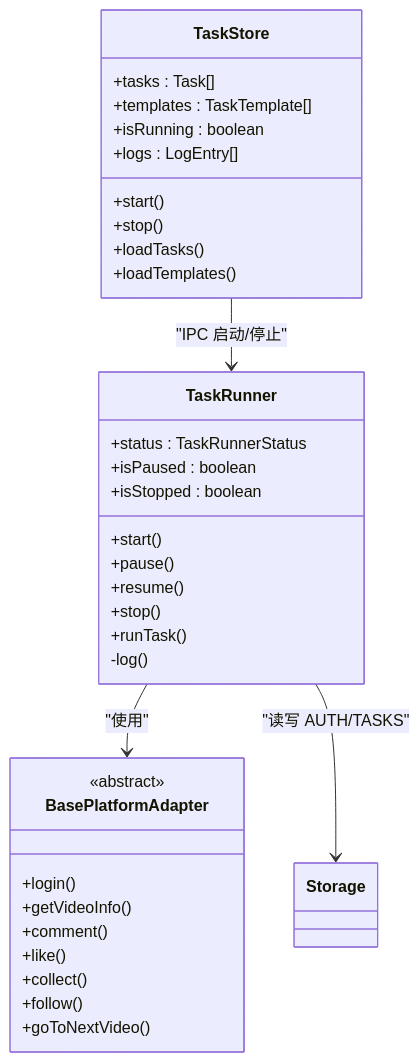
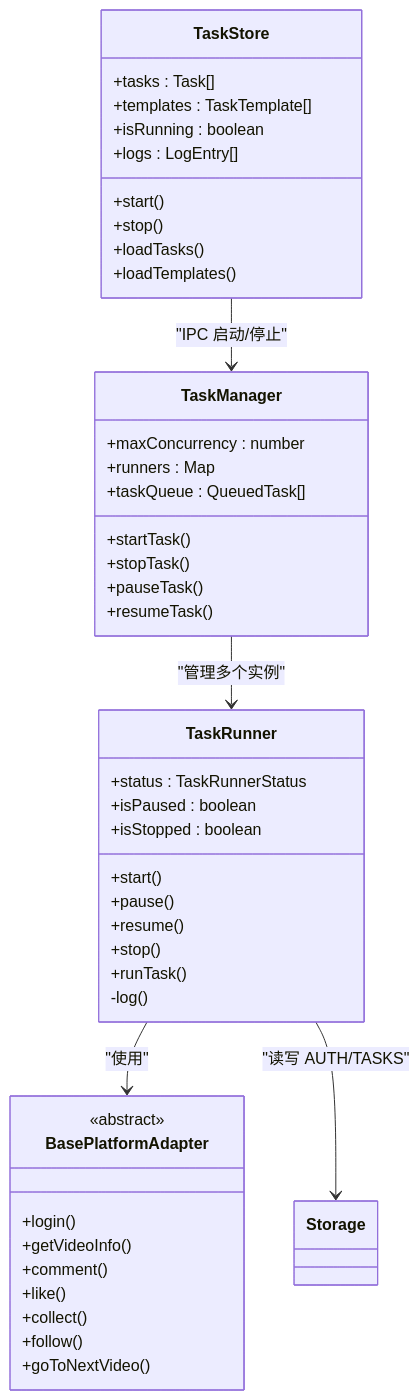
One commit to hipig/autoOps changed the sixth of 6 diagrams in .qoder/repowiki/zh/content/状态管理/任务状态管理.md. Above: the diagram before and after it, drawn with Mermaid. The commit also changed other lines of this file and 37 other files, not shown here.

````diff
--- a/.qoder/repowiki/zh/content/状态管理/任务状态管理.md
+++ b/.qoder/repowiki/zh/content/状态管理/任务状态管理.md
@@ -332,37 +407,47 @@
 ```mermaid
 classDiagram
 class TaskStore {
 +tasks : Task[]
 +templates : TaskTemplate[]
 +isRunning : boolean
 +logs : LogEntry[]
 +start()
 +stop()
 +loadTasks()
 +loadTemplates()
+}
+class TaskManager {
++maxConcurrency : number
++runners : Map
++taskQueue : QueuedTask[]
++startTask()
++stopTask()
++pauseTask()
++resumeTask()
 }
 class TaskRunner {
 +status : TaskRunnerStatus
 +isPaused : boolean
 +isStopped : boolean
 +start()
 +pause()
 +resume()
 +stop()
 +runTask()
 -log()
 }
 class BasePlatformAdapter {
 <<abstract>>
 +login()
 +getVideoInfo()
 +comment()
 +like()
 +collect()
 +follow()
 +goToNextVideo()
 }
-TaskStore --> TaskRunner : "IPC 启动/停止"
+TaskStore --> TaskManager : "IPC 启动/停止"
+TaskManager --> TaskRunner : "管理多个实例"
 TaskRunner --> BasePlatformAdapter : "使用"
 TaskRunner --> Storage : "读写 AUTH/TASKS"
 ```
````
